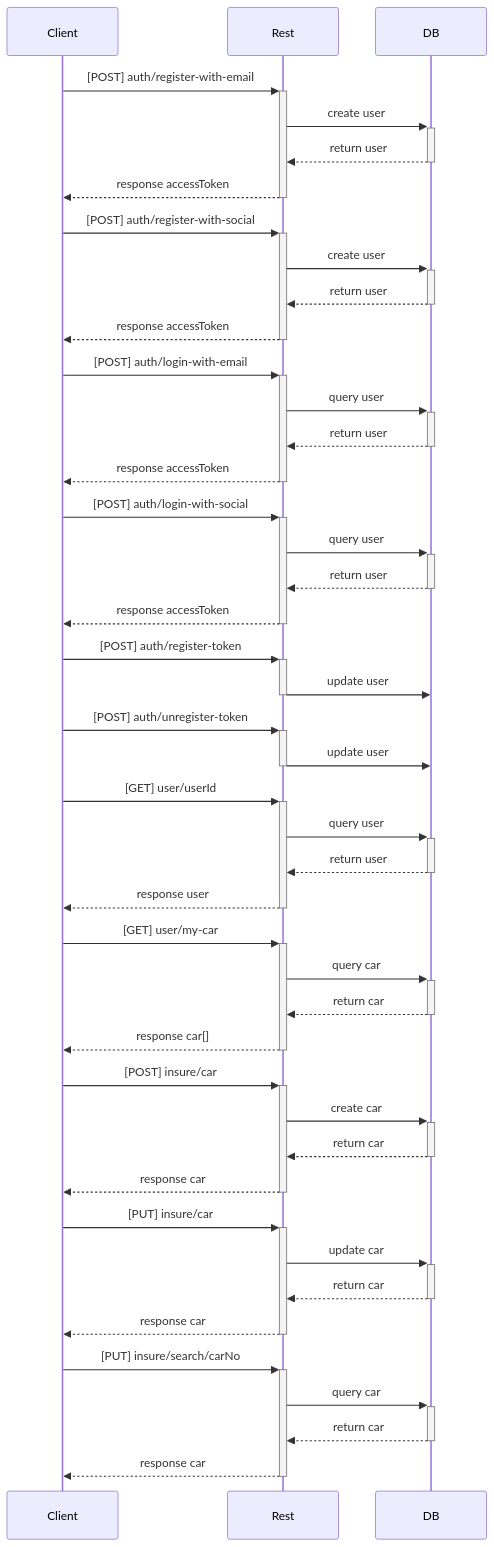
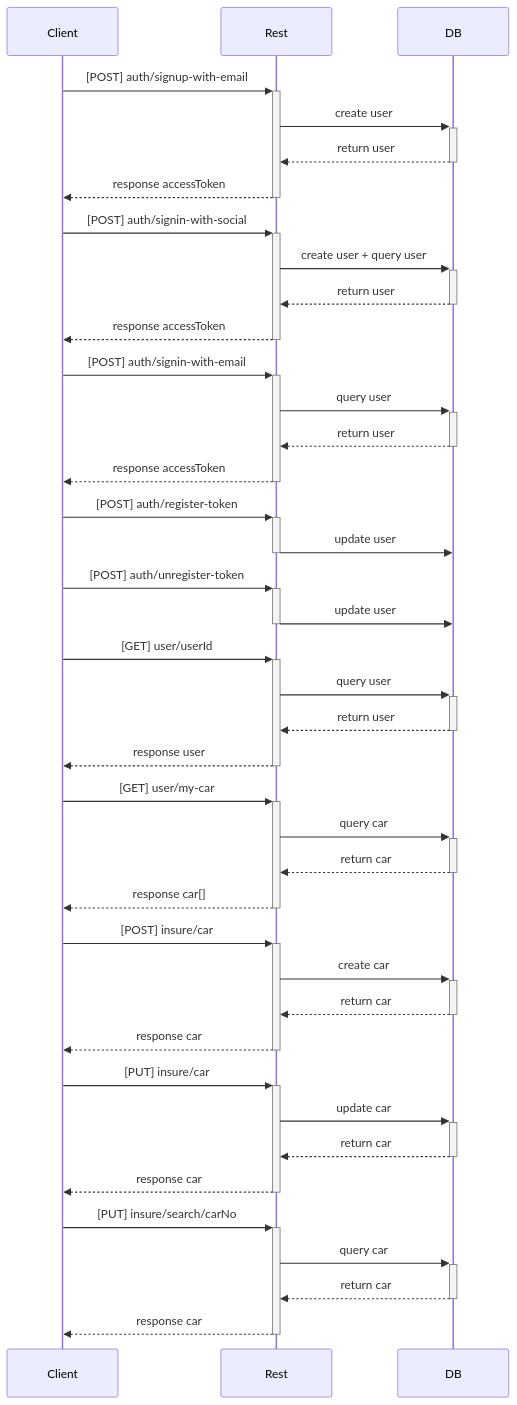
One commit to nuza555xx/madi-api changed the second of 2 diagrams in README.md. Above: the diagram before and after it, drawn with Mermaid. The commit also changed other lines of this file, not shown here.

````diff
--- a/README.md
+++ b/README.md
@@ -89,54 +88,49 @@
 ```mermaid
 sequenceDiagram
-    Client->>+Rest: [POST] auth/register-with-email
+    Client->>+Rest: [POST] auth/signup-with-email
     Rest->>+DB: create user
     DB-->>-Rest: return user
     Rest-->>-Client: response accessToken
     
-    Client->>+Rest: [POST] auth/register-with-social
-    Rest->>+DB: create user
+    Client->>+Rest: [POST] auth/signin-with-social
+    Rest->>+DB: create user + query user
     DB-->>-Rest: return user
     Rest-->>-Client: response accessToken
 
-    Client->>+Rest: [POST] auth/login-with-email
+    Client->>+Rest: [POST] auth/signin-with-email
     Rest->>+DB: query user
     DB-->>-Rest: return user
     Rest-->>-Client: response accessToken
     
-    Client->>+Rest: [POST] auth/login-with-social
-    Rest->>+DB: query user
-    DB-->>-Rest: return user
-    Rest-->>-Client: response accessToken
-
     Client->>+Rest: [POST] auth/register-token
     Rest->>-DB: update user
 
     Client->>+Rest: [POST] auth/unregister-token
     Rest->>-DB: update user
 
     Client->>+Rest: [GET] user/userId
     Rest->>+DB: query user
     DB-->>-Rest: return user
     Rest-->>-Client: response user
 
     Client->>+Rest: [GET] user/my-car
     Rest->>+DB: query car
     DB-->>-Rest: return car
     Rest-->>-Client: response car[]
 
     Client->>+Rest: [POST] insure/car
     Rest->>+DB: create car
     DB-->>-Rest: return car
     Rest-->>-Client: response car
 
     Client->>+Rest: [PUT] insure/car
     Rest->>+DB: update car
     DB-->>-Rest: return car
     Rest-->>-Client: response car
 
     Client->>+Rest: [PUT] insure/search/carNo
     Rest->>+DB: query car
     DB-->>-Rest: return car
     Rest-->>-Client: response car
 
 ```
````
